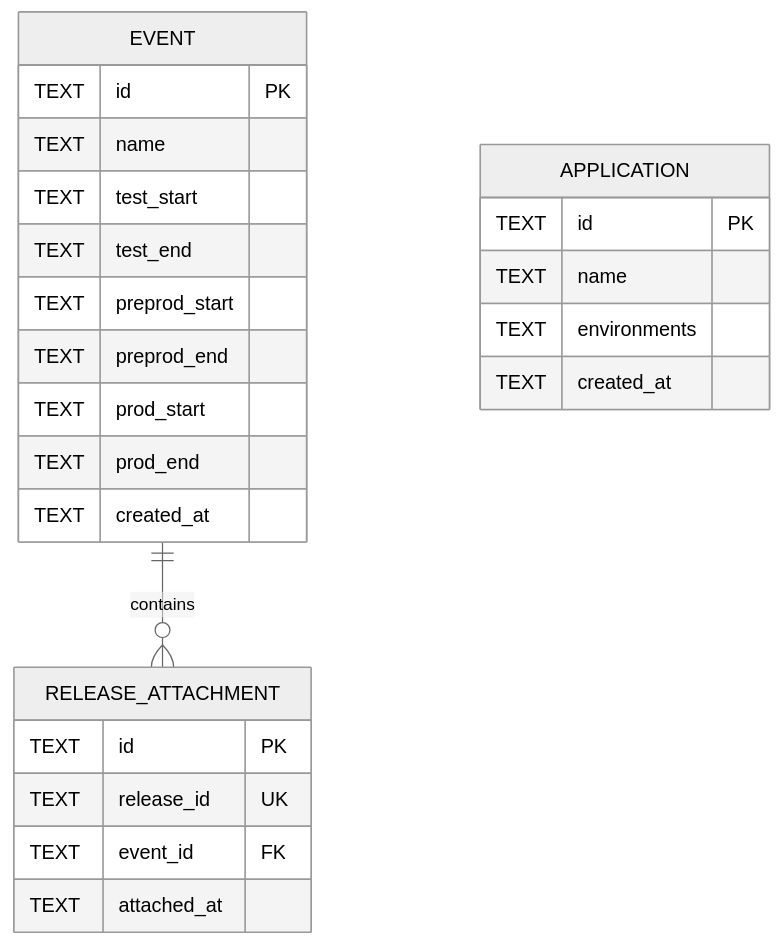
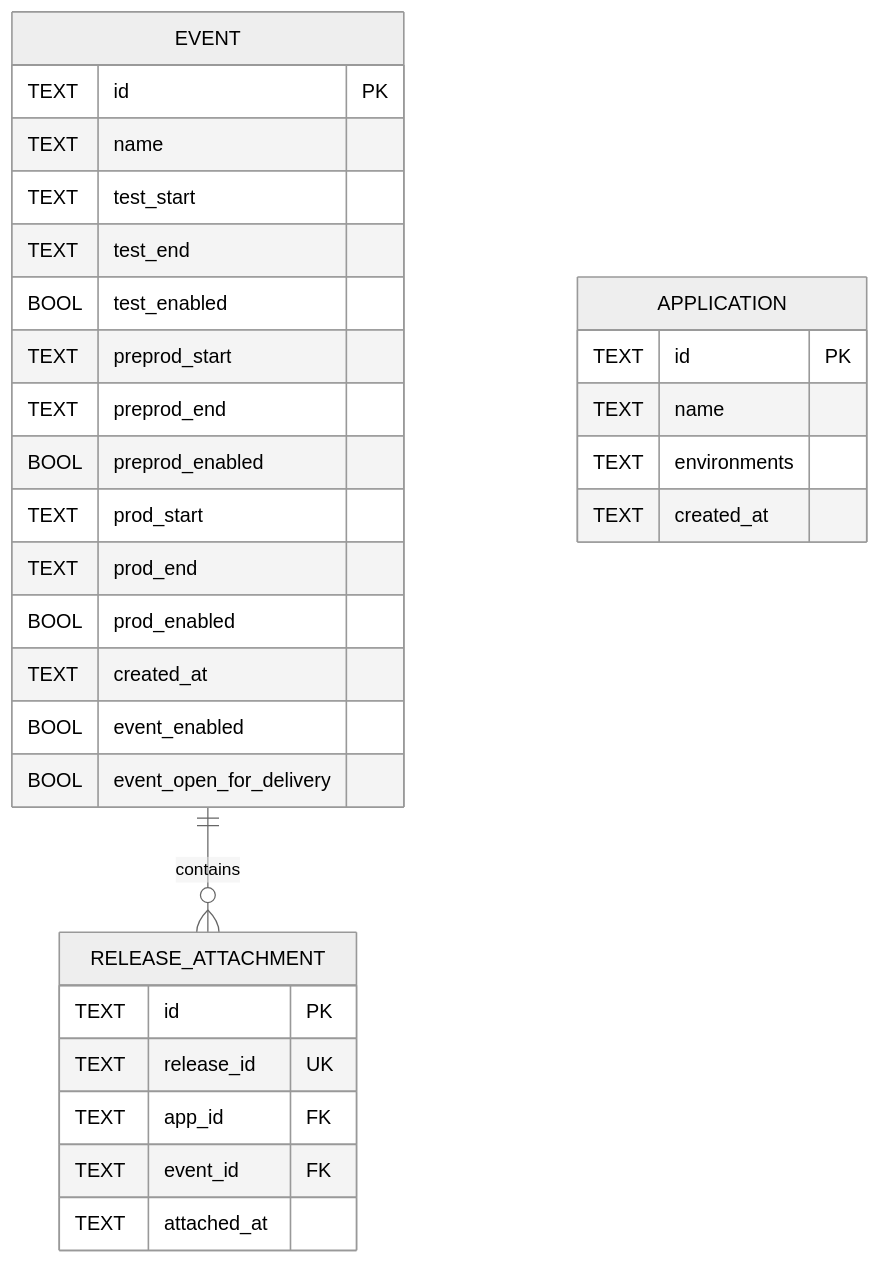
Before and after one commit to MrBook401/processAPI: the diagram in docs/ways-of-work/plan/process-manager/api-implementation/implementation-plan.md, drawn with Mermaid (neutral theme). The commit also changed other lines of this file and 14 other files, not shown here.

````diff
--- a/docs/ways-of-work/plan/process-manager/api-implementation/implementation-plan.md
+++ b/docs/ways-of-work/plan/process-manager/api-implementation/implementation-plan.md
@@ -28,27 +28,33 @@
 ```mermaid
 erDiagram
     EVENT {
         TEXT id PK
         TEXT name
         TEXT test_start
         TEXT test_end
+        BOOL test_enabled 
         TEXT preprod_start
         TEXT preprod_end
+        BOOL preprod_enabled 
         TEXT prod_start
         TEXT prod_end
+        BOOL prod_enabled
         TEXT created_at
+        BOOL event_enabled
+        BOOL event_open_for_delivery
     }
     RELEASE_ATTACHMENT {
         TEXT id PK
         TEXT release_id UK
+        TEXT app_id FK
         TEXT event_id FK
         TEXT attached_at
     }
     APPLICATION {
         TEXT id PK
         TEXT name
         TEXT environments
         TEXT created_at
     }
     EVENT ||--o{ RELEASE_ATTACHMENT : "contains"
 ```
````
